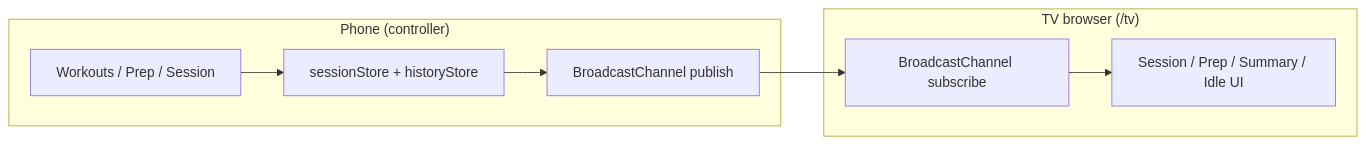
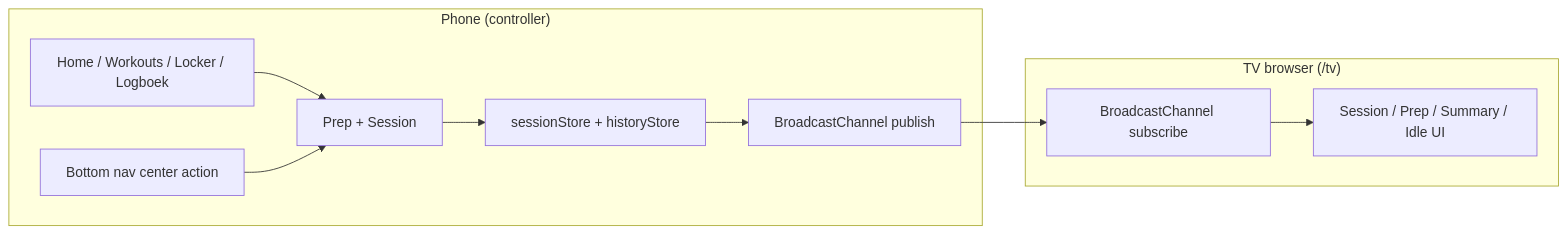
The first of 5 diagrams in ARCHITECTURE.md (ingmarstruijs/solo), drawn with Mermaid before and after one commit. The commit also changed other lines of this file and 12 other files, not shown here.

First line of the commit message:
Refine session nav UX and sync architecture docs with README.

````diff
--- a/ARCHITECTURE.md
+++ b/ARCHITECTURE.md
@@ -11,16 +11,20 @@
 ```mermaid
 graph LR
   subgraph Phone["Phone (controller)"]
-    A[Workouts / Prep / Session]
-    B[sessionStore + historyStore]
-    C[BroadcastChannel publish]
+    A[Home / Workouts / Locker / Logboek]
+    B[Prep + Session]
+    C[sessionStore + historyStore]
+    D[BroadcastChannel publish]
+    E[Bottom nav center action]
   end
   subgraph TV["TV browser (/tv)"]
-    D[BroadcastChannel subscribe]
-    E[Session / Prep / Summary / Idle UI]
+    F[BroadcastChannel subscribe]
+    G[Session / Prep / Summary / Idle UI]
   end
   A --> B
   B --> C
   C --> D
-  D --> E
+  D --> F
+  F --> G
+  E --> B
 ```
````
